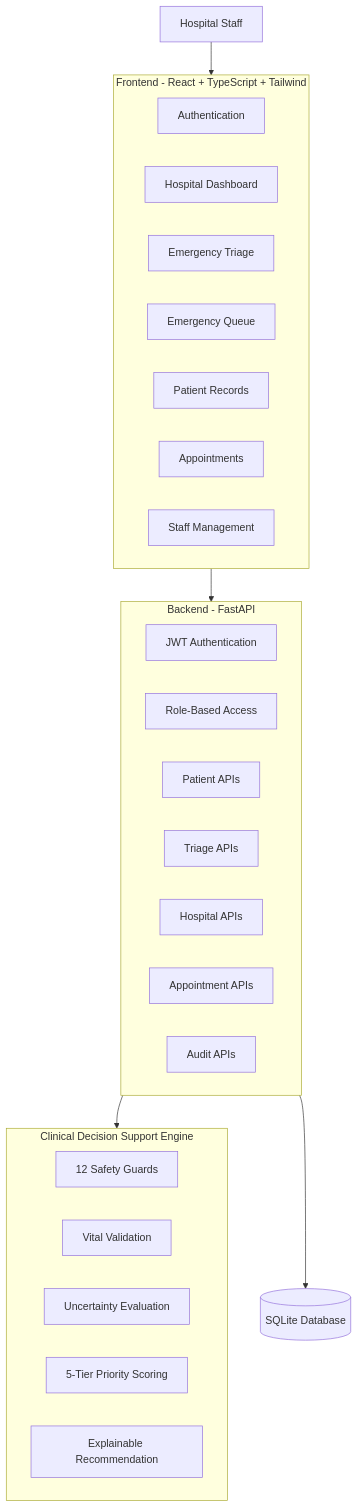
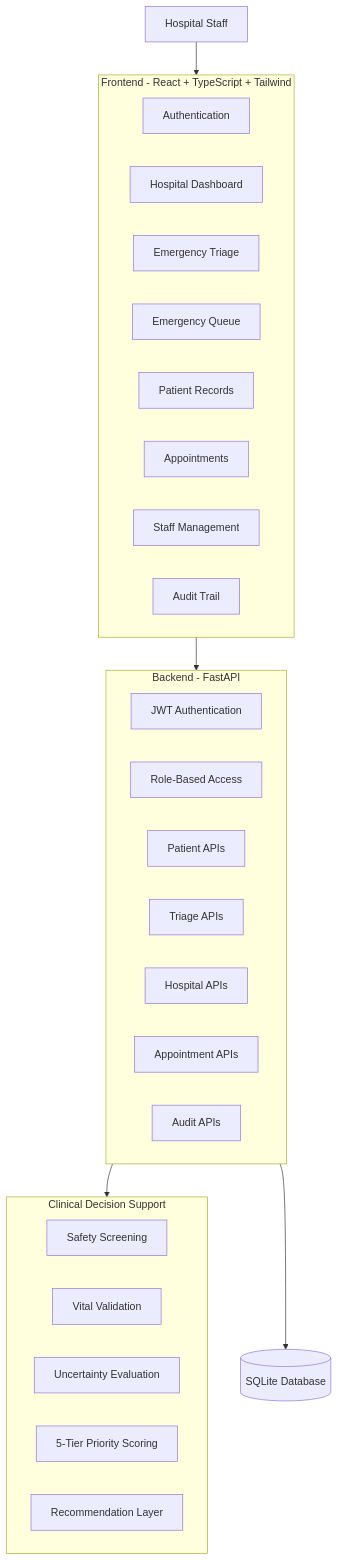
Before and after one commit to molathotisaiteja1267-ctrl/patient-triage-ai: the diagram in README.md, drawn with Mermaid. The commit also changed other lines of this file, not shown here.

````diff
--- a/README.md
+++ b/README.md
@@ -292,39 +125,41 @@
 ```mermaid
 flowchart TD
+
     U[Hospital Staff]
 
     subgraph Frontend["Frontend - React + TypeScript + Tailwind"]
         UI1[Authentication]
         UI2[Hospital Dashboard]
         UI3[Emergency Triage]
         UI4[Emergency Queue]
         UI5[Patient Records]
         UI6[Appointments]
         UI7[Staff Management]
+        UI8[Audit Trail]
     end
 
     subgraph Backend["Backend - FastAPI"]
         A1[JWT Authentication]
         A2[Role-Based Access]
         A3[Patient APIs]
         A4[Triage APIs]
         A5[Hospital APIs]
         A6[Appointment APIs]
         A7[Audit APIs]
     end
 
-    subgraph Engine["Clinical Decision Support Engine"]
-        E1[12 Safety Guards]
+    subgraph Engine["Clinical Decision Support"]
+        E1[Safety Screening]
         E2[Vital Validation]
         E3[Uncertainty Evaluation]
         E4[5-Tier Priority Scoring]
-        E5[Explainable Recommendation]
+        E5[Recommendation Layer]
     end
 
     DB[(SQLite Database)]
 
     U --> Frontend
     Frontend --> Backend
     Backend --> Engine
     Backend --> DB
 ```
````
